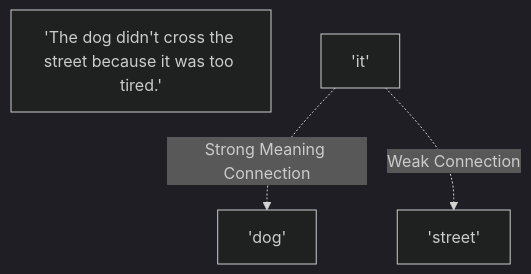
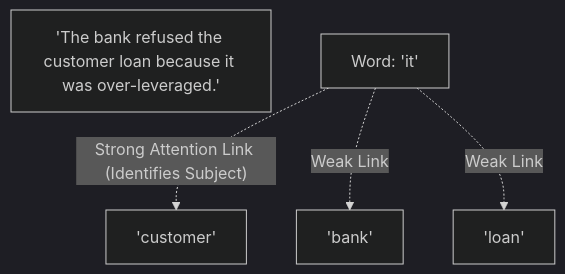
One commit to mr-mk-dev/py-ai-craft changed the seventh of 11 diagrams in 02-llm-api-fundamentals/01-llm-fundamentals/README.md. Above: the diagram before and after it, drawn with Mermaid (dark theme). The commit also changed other lines of this file and 114 other files, not shown here.

Commit message:
Full RoadMap .md file Completed

````diff
--- a/02-llm-api-fundamentals/01-llm-fundamentals/README.md
+++ b/02-llm-api-fundamentals/01-llm-fundamentals/README.md
@@ -182,8 +237,10 @@
 ```mermaid
 flowchart TD
-    Sentence["'The dog didn't cross the street because it was too tired.'"]
-    Word["'it'"]
+    Sentence["'The bank refused the customer loan because it was over-leveraged.'"]
     
-    Word -.->|"Strong Meaning Connection"| Animal["'dog'"]
-    Word -.->|"Weak Connection"| Street["'street'"]
+    WordIt["Word: 'it'"]
+    
+    WordIt -.->|"Strong Attention Link (Identifies Subject)"| Customer["'customer'"]
+    WordIt -.->|"Weak Link"| Bank["'bank'"]
+    WordIt -.->|"Weak Link"| Loan["'loan'"]
 ```
````
